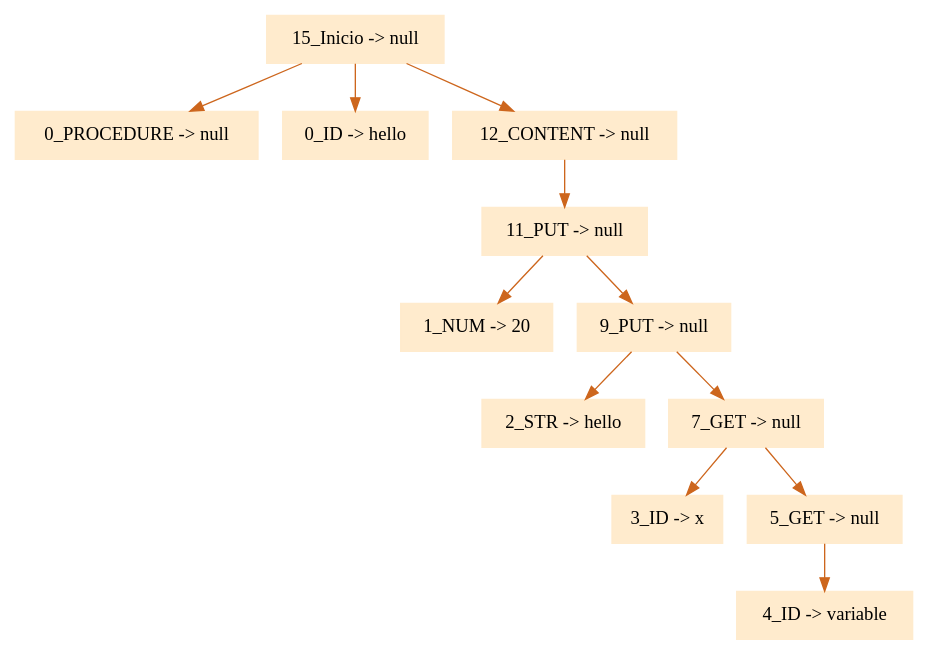
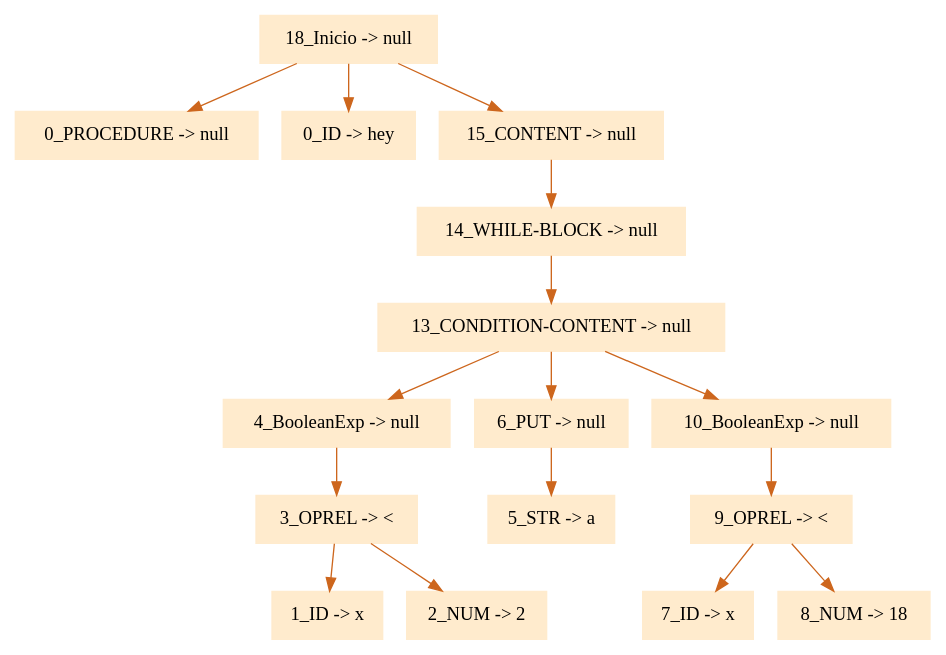
Before and after one commit to FranciscoPagoaga/Ada95-Compiler: the diagram in CompiladorAda/arbol.dot, drawn with Graphviz. The commit also changed 4 other files, not shown here.

Commit message:
arbol con while, get

```diff
--- a/CompiladorAda/arbol.dot
+++ b/CompiladorAda/arbol.dot
@@ -1,16 +1,20 @@
 digraph G {node[shape=box, style=filled, color=blanchedalmond]; edge[color=chocolate3];rankdir=UD 
 
-"15_Inicio -> null"->"0_PROCEDURE -> null"
-"15_Inicio -> null"->"0_ID -> hello"
-"15_Inicio -> null"->"12_CONTENT -> null"
-"12_CONTENT -> null"->"11_PUT -> null"
-"11_PUT -> null"->"1_NUM -> 20"
-"11_PUT -> null"->"9_PUT -> null"
-"9_PUT -> null"->"2_STR -> hello"
-"9_PUT -> null"->"7_GET -> null"
-"7_GET -> null"->"3_ID -> x"
-"7_GET -> null"->"5_GET -> null"
-"5_GET -> null"->"4_ID -> variable"
+"18_Inicio -> null"->"0_PROCEDURE -> null"
+"18_Inicio -> null"->"0_ID -> hey"
+"18_Inicio -> null"->"15_CONTENT -> null"
+"15_CONTENT -> null"->"14_WHILE-BLOCK -> null"
+"14_WHILE-BLOCK -> null"->"13_CONDITION-CONTENT -> null"
+"13_CONDITION-CONTENT -> null"->"4_BooleanExp -> null"
+"4_BooleanExp -> null"->"3_OPREL -> <"
+"3_OPREL -> <"->"1_ID -> x"
+"3_OPREL -> <"->"2_NUM -> 2"
+"13_CONDITION-CONTENT -> null"->"6_PUT -> null"
+"6_PUT -> null"->"5_STR -> a"
+"13_CONDITION-CONTENT -> null"->"10_BooleanExp -> null"
+"10_BooleanExp -> null"->"9_OPREL -> <"
+"9_OPREL -> <"->"7_ID -> x"
+"9_OPREL -> <"->"8_NUM -> 18"
 
 
 }
```
